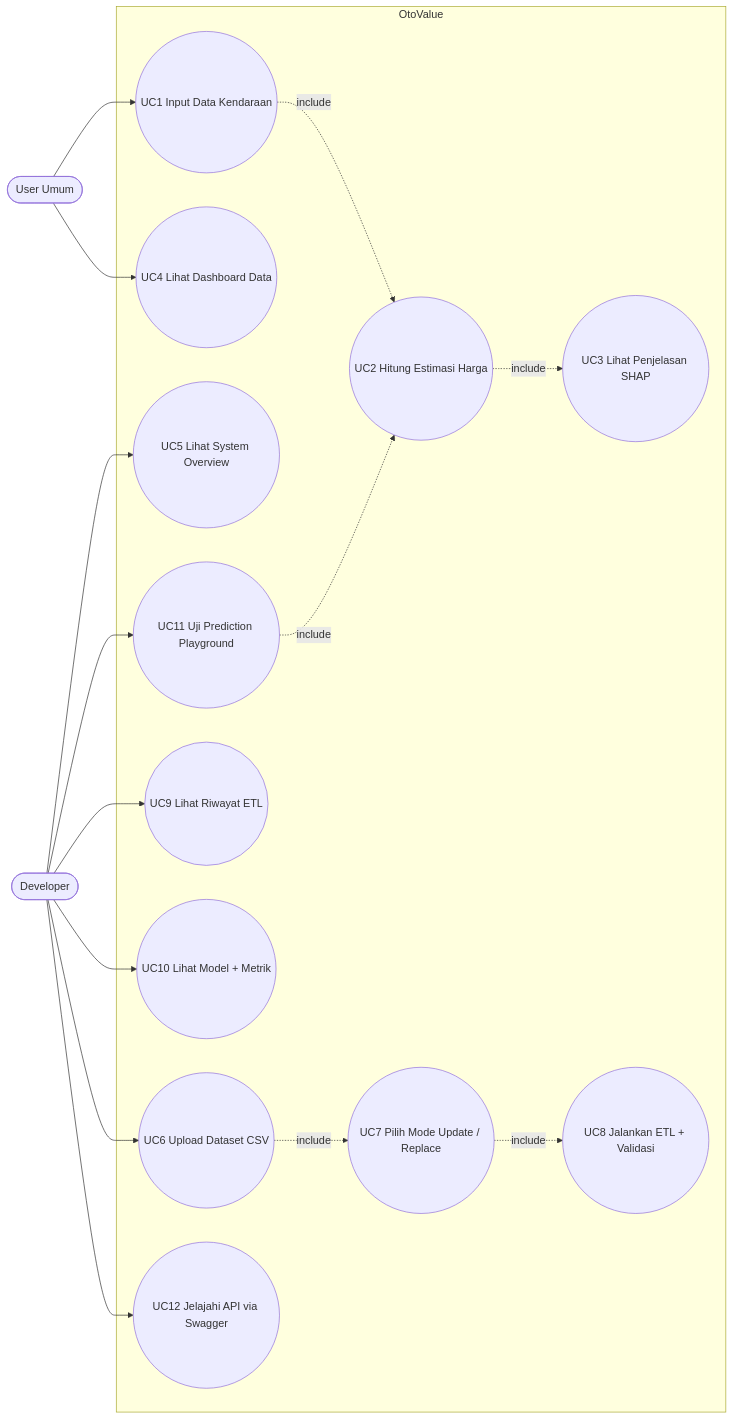
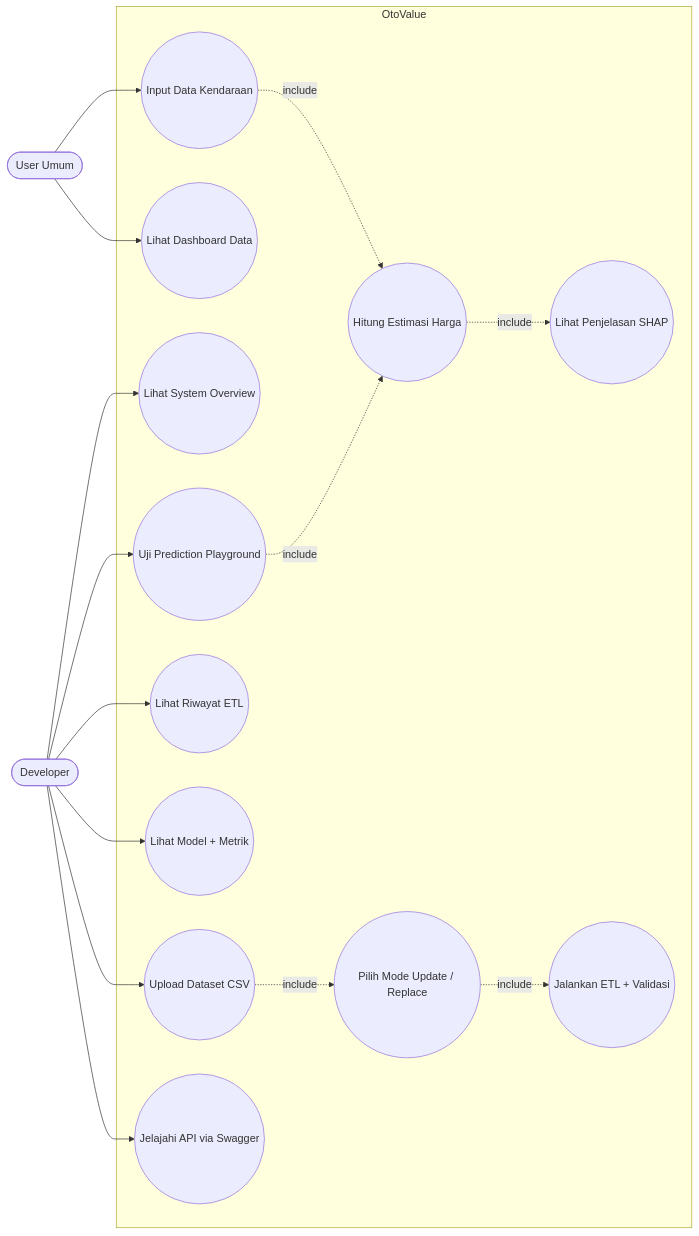
One commit to RistoKuy/XAI_Car_CP changed the seventh of 13 diagrams in README.md. Above: the diagram before and after it, drawn with Mermaid. The commit also changed other lines of this file and 2 other files, not shown here.

First line of the commit message:
docs(bab4): simplify topology and use case diagram

````diff
--- a/README.md
+++ b/README.md
@@ -939,32 +920,32 @@
 ```mermaid
 flowchart LR
     U([User Umum])
     D([Developer])
     subgraph SYS[OtoValue]
-        UC1((UC1 Input Data Kendaraan))
-        UC2((UC2 Hitung Estimasi Harga))
-        UC3((UC3 Lihat Penjelasan SHAP))
-        UC4((UC4 Lihat Dashboard Data))
-        UC5((UC5 Lihat System Overview))
-        UC6((UC6 Upload Dataset CSV))
-        UC7((UC7 Pilih Mode Update / Replace))
-        UC8((UC8 Jalankan ETL + Validasi))
-        UC9((UC9 Lihat Riwayat ETL))
-        UC10((UC10 Lihat Model + Metrik))
-        UC11((UC11 Uji Prediction Playground))
-        UC12((UC12 Jelajahi API via Swagger))
+        UC1((Input Data Kendaraan))
+        UC2((Hitung Estimasi Harga))
+        UC3((Lihat Penjelasan SHAP))
+        UC4((Lihat Dashboard Data))
+        UC5((Lihat System Overview))
+        UC6((Upload Dataset CSV))
+        UC7((Pilih Mode Update / Replace))
+        UC8((Jalankan ETL + Validasi))
+        UC9((Lihat Riwayat ETL))
+        UC10((Lihat Model + Metrik))
+        UC11((Uji Prediction Playground))
+        UC12((Jelajahi API via Swagger))
     end
     U --> UC1
     UC1 -. include .-> UC2
     UC2 -. include .-> UC3
     U --> UC4
     D --> UC5
     D --> UC6
     UC6 -. include .-> UC7
     UC7 -. include .-> UC8
     D --> UC9
     D --> UC10
     D --> UC11
     UC11 -. include .-> UC2
     D --> UC12
 ```
````
